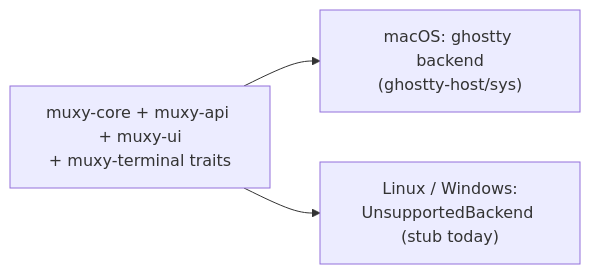
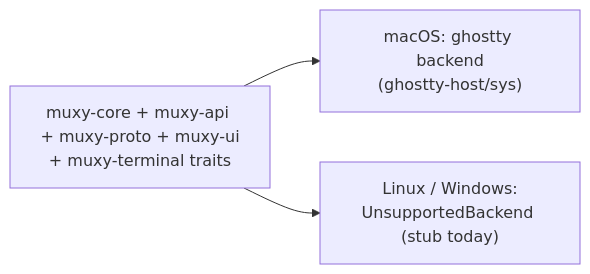
The eighth of 8 diagrams in ARCHITECTURE.md (muxy-app/muxy), drawn with Mermaid before and after one commit. The commit also changed other lines of this file and 51 other files, not shown here.

````diff
--- a/ARCHITECTURE.md
+++ b/ARCHITECTURE.md
@@ -174,5 +195,5 @@
 ```mermaid
 flowchart LR
-    common["muxy-core + muxy-api + muxy-ui\n+ muxy-terminal traits"] --> mac["macOS: ghostty backend\n(ghostty-host/sys)"]
+    common["muxy-core + muxy-api + muxy-proto + muxy-ui\n+ muxy-terminal traits"] --> mac["macOS: ghostty backend\n(ghostty-host/sys)"]
     common --> other["Linux / Windows:\nUnsupportedBackend (stub today)"]
 ```
````
